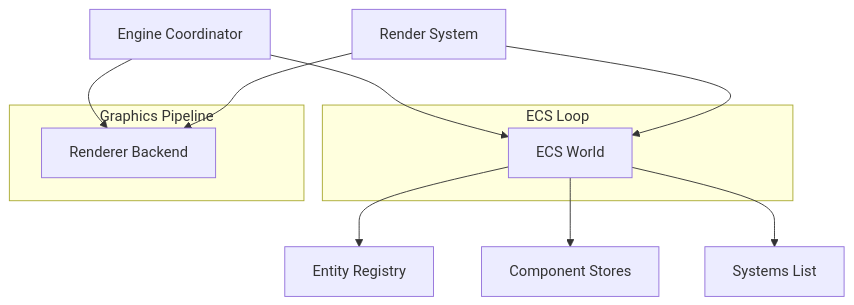
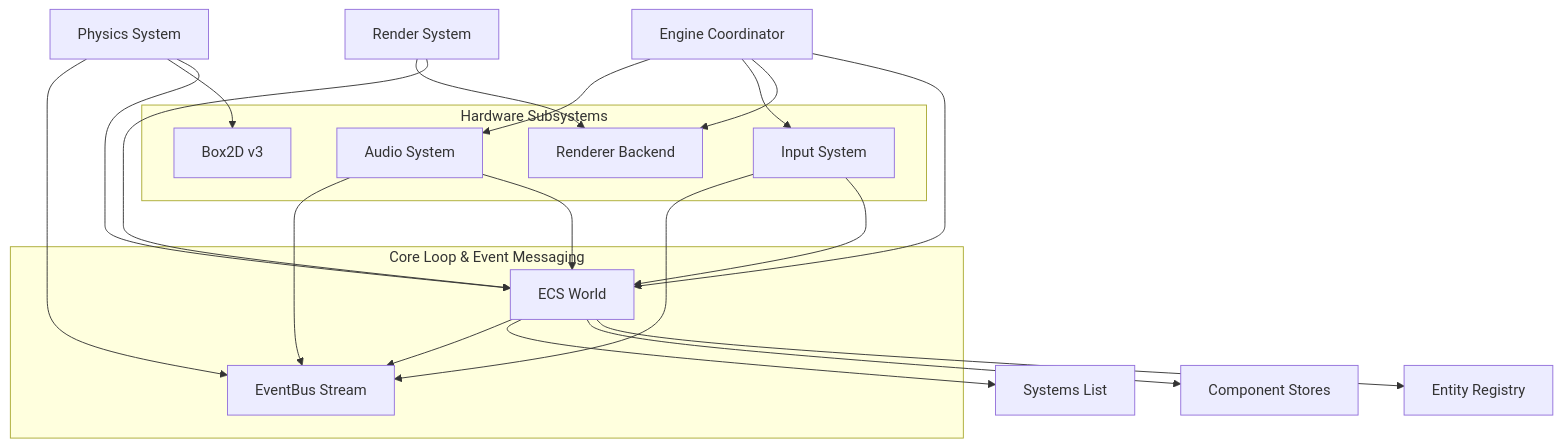
The first of 6 diagrams in Engine/README.md (tsharju/AcornEngine), drawn with Mermaid before and after one commit. The commit also changed other lines of this file and 2 other files, not shown here.

Commit message:
docs: update documentation for EventBus, InputSystem, AudioSystem, physics contacts, and instanced rendering

````diff
--- a/Engine/README.md
+++ b/Engine/README.md
@@ -10,20 +10,34 @@
 ```mermaid
 graph TD
     Engine[Engine Coordinator] --> World[ECS World]
     Engine --> Renderer[Renderer Backend]
+    Engine --> InputSystem[Input System]
+    Engine --> AudioSystem[Audio System]
     
     World --> Entity[Entity Registry]
     World --> Component[Component Stores]
     World --> System[Systems List]
+    World --> EventBus[EventBus Stream]
     
     RenderSystem[Render System] --> World
     RenderSystem --> Renderer
+    PhysicsSystem[Physics System] --> World
+    PhysicsSystem --> Box2D[Box2D v3]
+    PhysicsSystem --> EventBus
+    AudioSystem --> World
+    AudioSystem --> EventBus
+    InputSystem --> World
+    InputSystem --> EventBus
     
-    subgraph ECS Loop
+    subgraph Core Loop & Event Messaging
         World
+        EventBus
     end
     
-    subgraph Graphics Pipeline
+    subgraph Hardware Subsystems
         Renderer
+        Box2D
+        AudioSystem
+        InputSystem
     end
 ```
````
